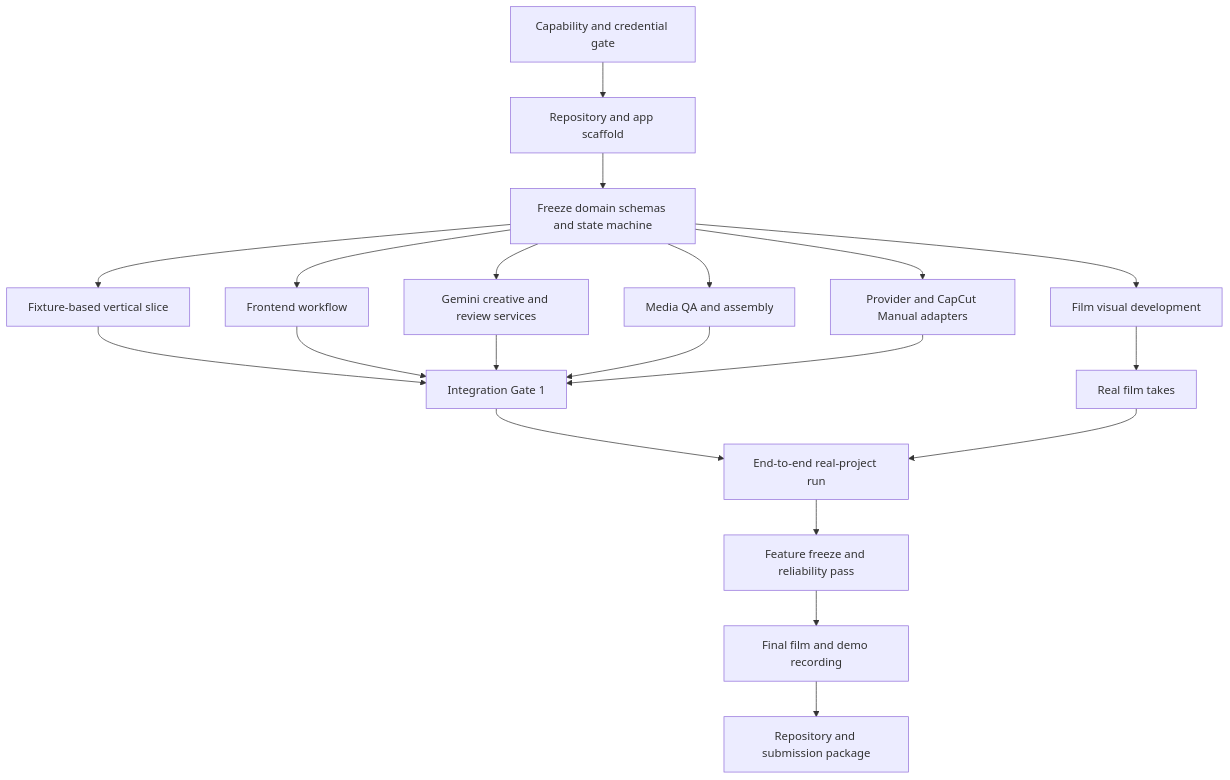
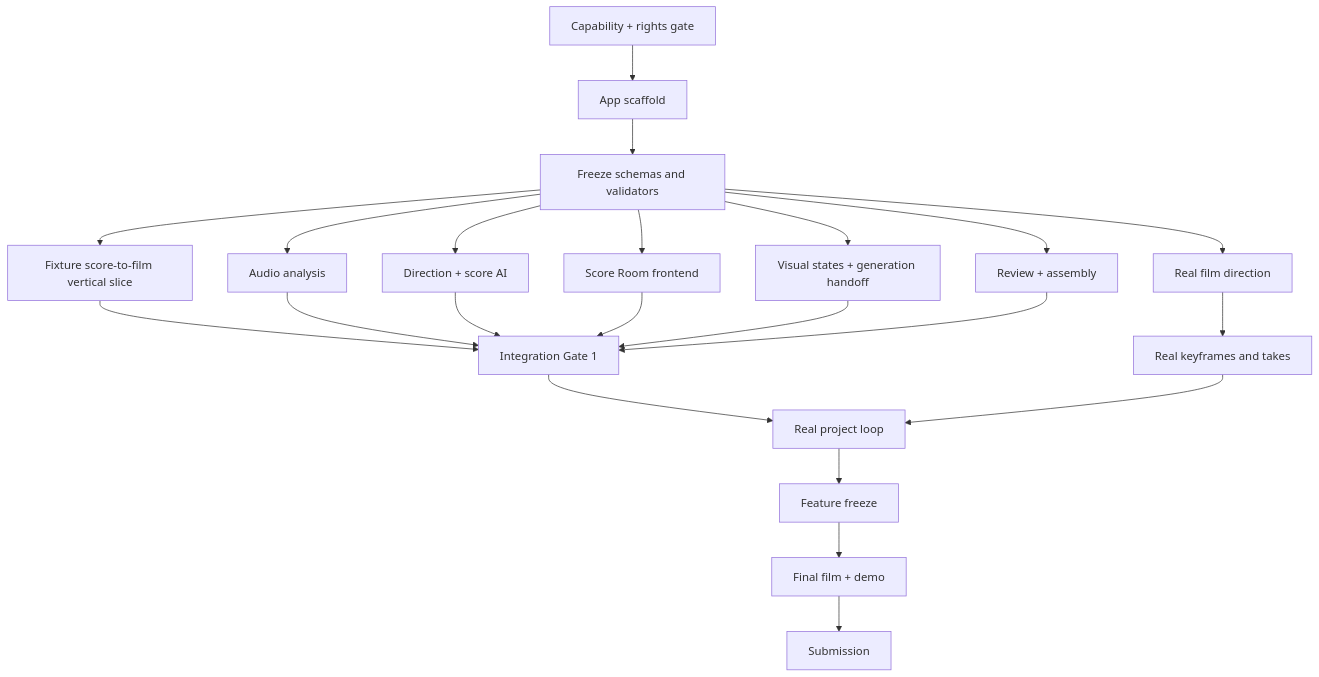
The diagram in IMPLEMENTATION_PLAN.md (IvanMiao/generathon), drawn with Mermaid before and after one commit. The commit also changed other lines of this file and 63 other files, not shown here.

````diff
--- a/IMPLEMENTATION_PLAN.md
+++ b/IMPLEMENTATION_PLAN.md
@@ -76,25 +232,27 @@
 ```mermaid
 flowchart TD
-    A[Capability and credential gate] --> B[Repository and app scaffold]
-    B --> C[Freeze domain schemas and state machine]
-    C --> D[Fixture-based vertical slice]
+    A[Capability + rights gate] --> B[App scaffold]
+    B --> C[Freeze schemas and validators]
+    C --> D[Fixture score-to-film vertical slice]
 
-    C --> E1[Frontend workflow]
-    C --> E2[Gemini creative and review services]
-    C --> E3[Media QA and assembly]
-    C --> E4[Provider and CapCut Manual adapters]
-    C --> E5[Film visual development]
+    C --> E1[Audio analysis]
+    C --> E2[Direction + score AI]
+    C --> E3[Score Room frontend]
+    C --> E4[Visual states + generation handoff]
+    C --> E5[Review + assembly]
+    C --> E6[Real film direction]
 
     D --> F[Integration Gate 1]
     E1 --> F
     E2 --> F
     E3 --> F
     E4 --> F
+    E5 --> F
 
-    E5 --> G[Real film takes]
-    F --> H[End-to-end real-project run]
+    E6 --> G[Real keyframes and takes]
+    F --> H[Real project loop]
     G --> H
-    H --> I[Feature freeze and reliability pass]
-    I --> J[Final film and demo recording]
-    J --> K[Repository and submission package]
+    H --> I[Feature freeze]
+    I --> J[Final film + demo]
+    J --> K[Submission]
 ```
````
